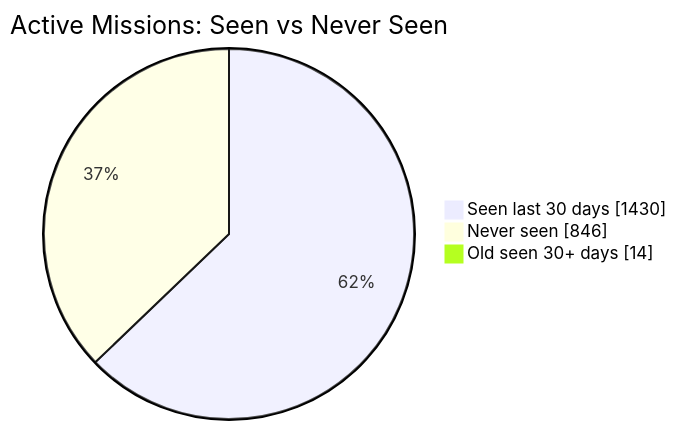
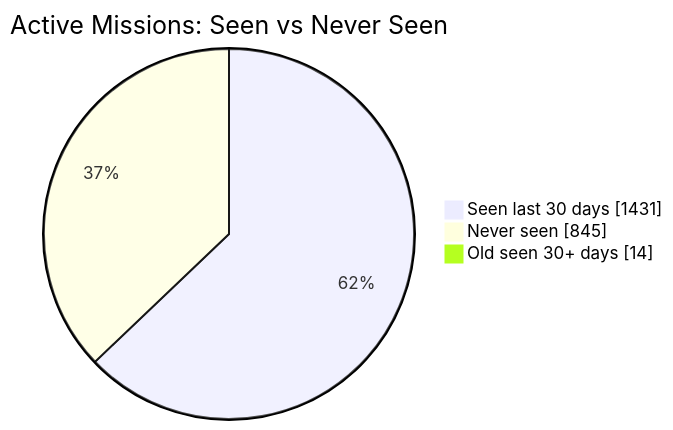
The first of 2 diagrams in README.md (MeldkamerspelGameTeam/active-missions), drawn with Mermaid before and after one commit. The commit also changed other lines of this file and 2 other files, not shown here.

````diff
--- a/README.md
+++ b/README.md
@@ -34,7 +34,7 @@
 ```mermaid
 pie showData
     title Active Missions: Seen vs Never Seen
-    "Seen last 30 days" : 1430
-    "Never seen" : 846
+    "Seen last 30 days" : 1431
+    "Never seen" : 845
     "Old seen 30+ days" : 14
 ```
````
